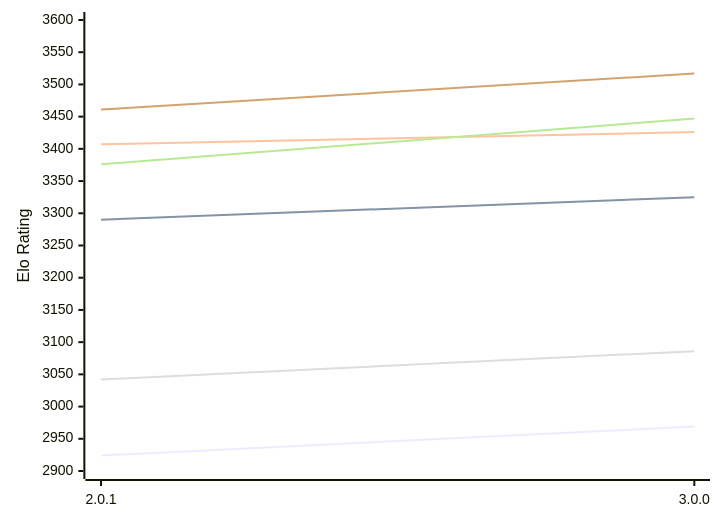
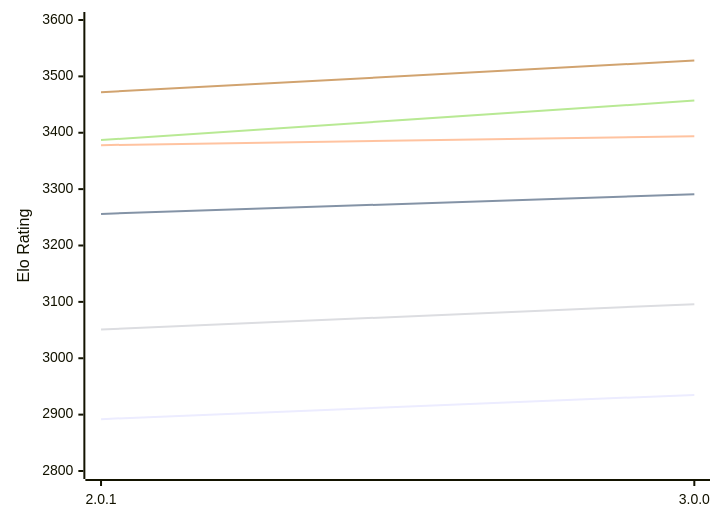
Before and after one commit to computer-chess-index/cci: the first of 2 diagrams in engines/Grail.md, drawn with Mermaid. The commit also changed other lines of this file, not shown here.

Commit message:
Update CCI Ratings (ELO VLTC) - 2026-11-12

````diff
--- a/engines/Grail.md
+++ b/engines/Grail.md
@@ -56,12 +56,12 @@
 ```mermaid
 %%{init: {"theme":"base","themeVariables":{"seriesColors:['#a3a3a3','#222221','#faa371']}}}%%
 xychart-beta
   x-axis ["2.0.1", "3.0.0"]
-  y-axis "Elo Rating" 2900 --> 3600
-  line "E1: STC (8.0+0.08s)" [2924, 2969]
-  line "E1: LTC (60.0+0.60s)" [3290, 3325]
-  line "E1: VLTC (2m24s+1.12s)" [3407, 3426]
-  line "P1: STC (8.0+0.08s)" [3042, 3086]
-  line "P1: LTC (60.0+0.60s)" [3376, 3447]
-  line "P1: VLTC (2m24s+1.12s)" [3461, 3517]
+  y-axis "Elo Rating" 2800 --> 3600
+  line "E1: STC (8.0+0.08s)" [2892, 2935]
+  line "E1: LTC (60.0+0.60s)" [3256, 3291]
+  line "E1: VLTC (2m24s+1.12s)" [3378, 3394]
+  line "P1: STC (8.0+0.08s)" [3051, 3096]
+  line "P1: LTC (60.0+0.60s)" [3387, 3457]
+  line "P1: VLTC (2m24s+1.12s)" [3472, 3528]
 ```
````
